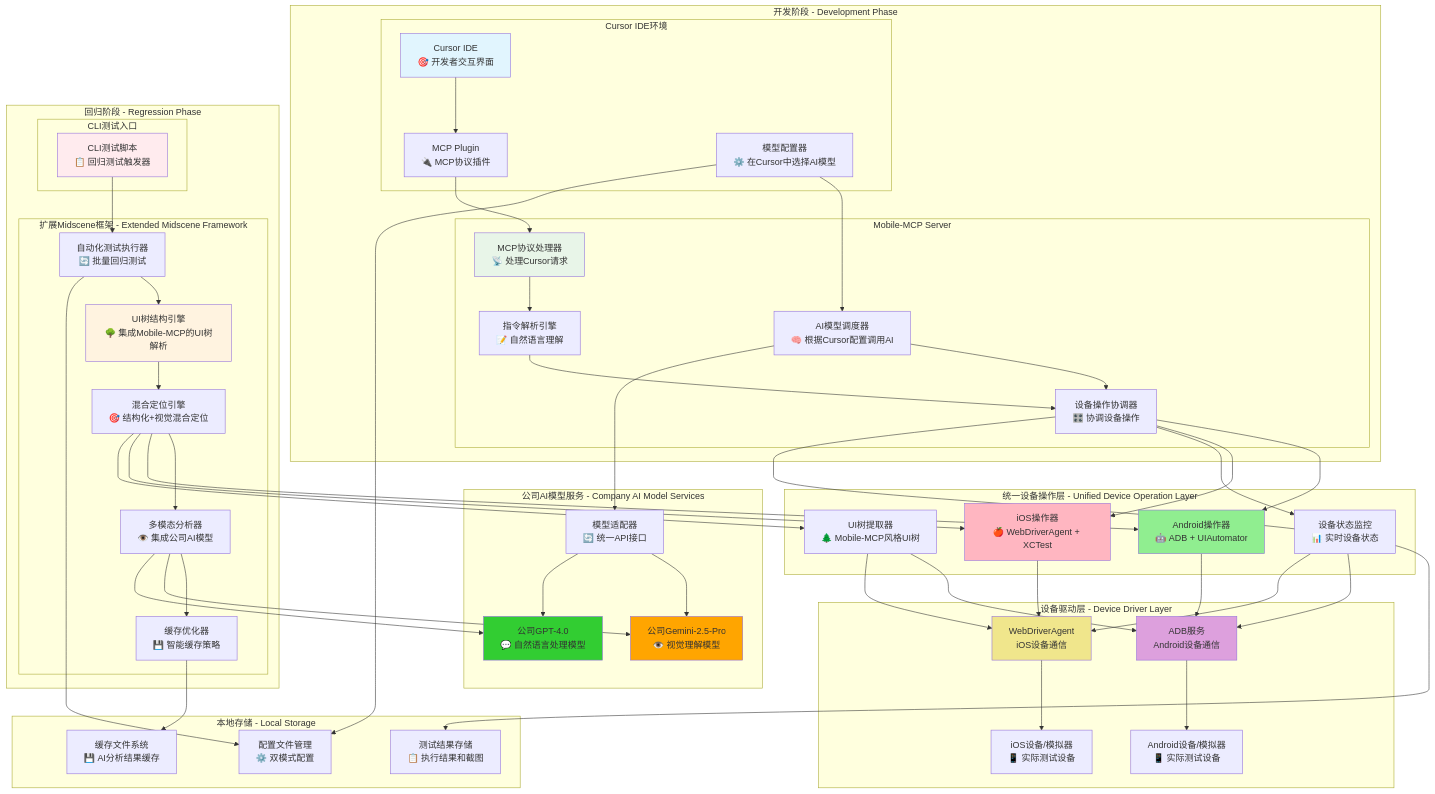
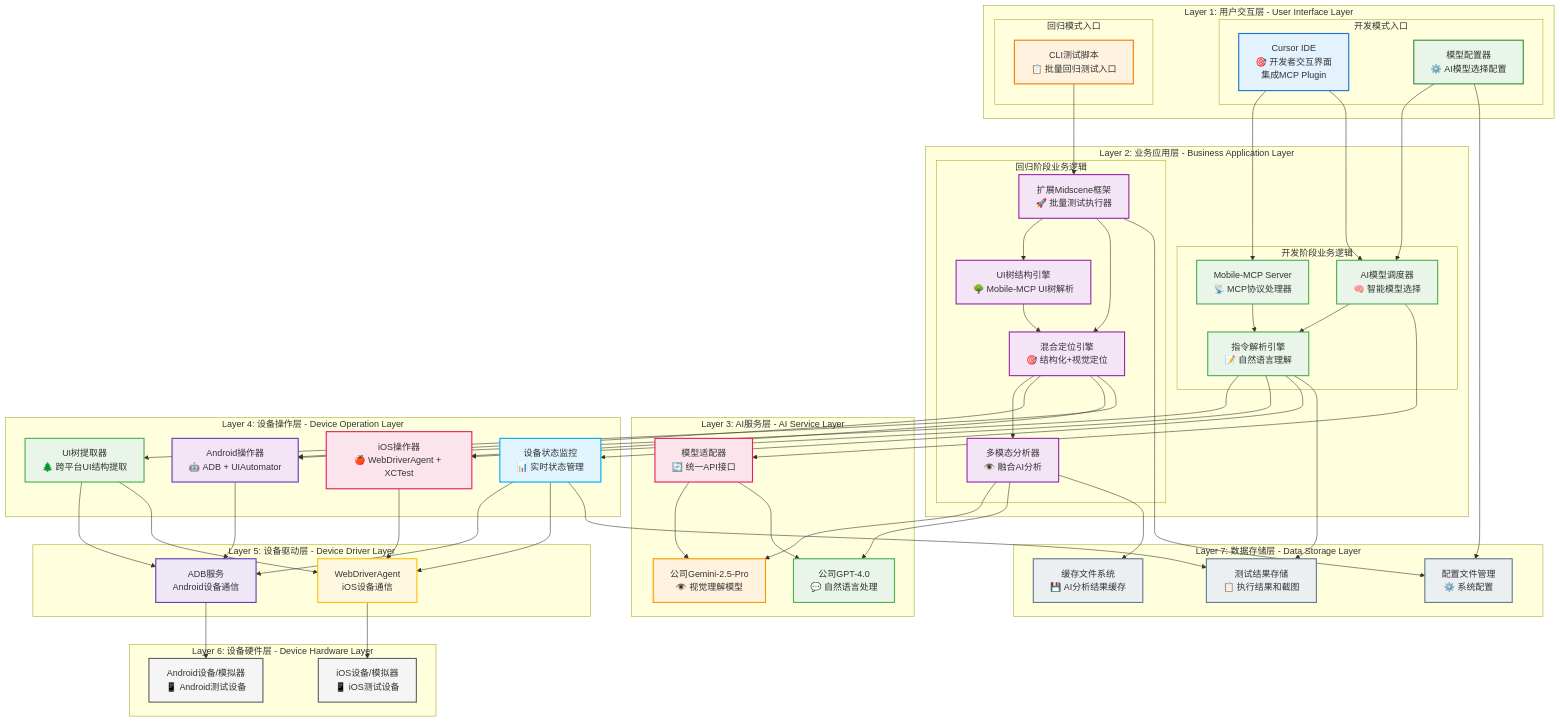
Before and after one commit to zhuozp/AI-UI-: the second of 32 diagrams in README.md, drawn with Mermaid. The commit also changed other lines of this file, not shown here.

````diff
--- a/README.md
+++ b/README.md
@@ -114,118 +114,152 @@
 ```mermaid
 graph TB
-    subgraph "开发阶段 - Development Phase"
-        subgraph "Cursor IDE环境"
-            A1[Cursor IDE<br/>🎯 开发者交互界面]
-            A2[MCP Plugin<br/>🔌 MCP协议插件]
-            A3[模型配置器<br/>⚙️ 在Cursor中选择AI模型]
+    %% ===== 第1层：用户交互层 =====
+    subgraph "Layer 1: 用户交互层 - User Interface Layer"
+        subgraph "开发模式入口"
+            UI1[Cursor IDE<br/>🎯 开发者交互界面<br/>集成MCP Plugin]
+            UI2[模型配置器<br/>⚙️ AI模型选择配置]
         end
-        
-        subgraph "Mobile-MCP Server"
-            B1[MCP协议处理器<br/>📡 处理Cursor请求]
-            B2[AI模型调度器<br/>🧠 根据Cursor配置调用AI]
-            B3[指令解析引擎<br/>📝 自然语言理解]
-            B4[设备操作协调器<br/>🎛️ 协调设备操作]
+        subgraph "回归模式入口"
+            UI3[CLI测试脚本<br/>📋 批量回归测试入口]
         end
     end
     
-    subgraph "回归阶段 - Regression Phase"
-        subgraph "扩展Midscene框架 - Extended Midscene Framework"
-            C1[UI树结构引擎<br/>🌳 集成Mobile-MCP的UI树解析]
-            C2[混合定位引擎<br/>🎯 结构化+视觉混合定位]
-            C3[多模态分析器<br/>👁️ 集成公司AI模型]
-            C4[自动化测试执行器<br/>🔄 批量回归测试]
-            C5[缓存优化器<br/>💾 智能缓存策略]
+    %% ===== 第2层：业务应用层 =====
+    subgraph "Layer 2: 业务应用层 - Business Application Layer"
+        subgraph "开发阶段业务逻辑"
+            APP1[Mobile-MCP Server<br/>📡 MCP协议处理器]
+            APP2[AI模型调度器<br/>🧠 智能模型选择]
+            APP3[指令解析引擎<br/>📝 自然语言理解]
         end
-        
-        subgraph "CLI测试入口"
-            CLI[CLI测试脚本<br/>📋 回归测试触发器]
+        subgraph "回归阶段业务逻辑"
+            APP4[扩展Midscene框架<br/>🚀 批量测试执行器]
+            APP5[UI树结构引擎<br/>🌳 Mobile-MCP UI树解析]
+            APP6[混合定位引擎<br/>🎯 结构化+视觉定位]
+            APP7[多模态分析器<br/>👁️ 融合AI分析]
         end
     end
     
-    subgraph "公司AI模型服务 - Company AI Model Services"
-        D1[公司Gemini-2.5-Pro<br/>👁️ 视觉理解模型]
-        D2[公司GPT-4.0<br/>💬 自然语言处理模型]
-        D3[模型适配器<br/>🔄 统一API接口]
+    %% ===== 第3层：AI服务层 =====
+    subgraph "Layer 3: AI服务层 - AI Service Layer"
+        AI1[公司Gemini-2.5-Pro<br/>👁️ 视觉理解模型]
+        AI2[公司GPT-4.0<br/>💬 自然语言处理]
+        AI3[模型适配器<br/>🔄 统一API接口]
     end
     
-    subgraph "统一设备操作层 - Unified Device Operation Layer"
-        E1[Android操作器<br/>🤖 ADB + UIAutomator]
-        E2[iOS操作器<br/>🍎 WebDriverAgent + XCTest]
-        E3[设备状态监控<br/>📊 实时设备状态]
-        E4[UI树提取器<br/>🌲 Mobile-MCP风格UI树]
+    %% ===== 第4层：设备操作层 =====
+    subgraph "Layer 4: 设备操作层 - Device Operation Layer"
+        DEV1[Android操作器<br/>🤖 ADB + UIAutomator]
+        DEV2[iOS操作器<br/>🍎 WebDriverAgent + XCTest]
+        DEV3[设备状态监控<br/>📊 实时状态管理]
+        DEV4[UI树提取器<br/>🌲 跨平台UI结构提取]
     end
     
-    subgraph "设备驱动层 - Device Driver Layer"
-        F1[ADB服务<br/>Android设备通信]
-        F2[WebDriverAgent<br/>iOS设备通信]
-        F3[Android设备/模拟器<br/>📱 实际测试设备]
-        F4[iOS设备/模拟器<br/>📱 实际测试设备]
+    %% ===== 第5层：设备驱动层 =====
+    subgraph "Layer 5: 设备驱动层 - Device Driver Layer"
+        DRV1[ADB服务<br/>Android设备通信]
+        DRV2[WebDriverAgent<br/>iOS设备通信]
     end
     
-    subgraph "本地存储 - Local Storage"
-        G1[测试结果存储<br/>📋 执行结果和截图]
-        G2[配置文件管理<br/>⚙️ 双模式配置]
-        G3[缓存文件系统<br/>💾 AI分析结果缓存]
+    %% ===== 第6层：设备硬件层 =====
+    subgraph "Layer 6: 设备硬件层 - Device Hardware Layer"
+        HW1[Android设备/模拟器<br/>📱 Android测试设备]
+        HW2[iOS设备/模拟器<br/>📱 iOS测试设备]
     end
     
-    %% 开发阶段连接 (Development Phase Connections)
-    A1 --> A2
-    A2 --> B1
-    A3 --> B2
-    B1 --> B3
-    B2 --> B4
-    B3 --> B4
+    %% ===== 第7层：数据存储层 =====
+    subgraph "Layer 7: 数据存储层 - Data Storage Layer"
+        STORE1[测试结果存储<br/>📋 执行结果和截图]
+        STORE2[配置文件管理<br/>⚙️ 系统配置]
+        STORE3[缓存文件系统<br/>💾 AI分析结果缓存]
+    end
     
-    %% 回归阶段连接 (Regression Phase Connections)  
-    CLI --> C4
-    C4 --> C1
-    C1 --> C2
-    C2 --> C3
-    C3 --> C5
+    %% ===== 层间连接关系 =====
     
-    %% AI模型调用 (AI Model Calls)
-    %% 开发阶段：Cursor控制模型选择
-    B2 --> D3
-    %% 回归阶段：扩展Midscene框架调用公司AI模型
-    C3 --> D1
-    C3 --> D2
+    %% Layer 1 → Layer 2 (用户交互层 → 业务应用层)
+    UI1 --> APP1
+    UI1 --> APP2
+    UI2 --> APP2
+    UI3 --> APP4
     
-    D3 --> D1
-    D3 --> D2
+    %% Layer 2内部连接
+    APP1 --> APP3
+    APP2 --> APP3
+    APP4 --> APP5
+    APP4 --> APP6
+    APP5 --> APP6
+    APP6 --> APP7
     
-    %% 统一设备操作 (Unified Device Operations)
-    B4 --> E1
-    B4 --> E2
-    B4 --> E3
-    C2 --> E1
-    C2 --> E2
-    C2 --> E4
+    %% Layer 2 → Layer 3 (业务应用层 → AI服务层)
+    APP2 --> AI3
+    APP7 --> AI1
+    APP7 --> AI2
+    AI3 --> AI1
+    AI3 --> AI2
     
-    %% 设备驱动连接 (Device Driver Connections)
-    E1 --> F1
-    E2 --> F2
-    E3 --> F1
-    E3 --> F2
-    E4 --> F1
-    E4 --> F2
-    F1 --> F3
-    F2 --> F4
+    %% Layer 2 → Layer 4 (业务应用层 → 设备操作层)
+    APP3 --> DEV1
+    APP3 --> DEV2
+    APP3 --> DEV3
+    APP6 --> DEV1
+    APP6 --> DEV2
+    APP6 --> DEV4
     
-    %% 本地存储连接 (Local Storage Connections)
-    B4 --> G1
-    C5 --> G3
-    A3 --> G2
-    C4 --> G2
+    %% Layer 4 → Layer 5 (设备操作层 → 设备驱动层)
+    DEV1 --> DRV1
+    DEV2 --> DRV2
+    DEV3 --> DRV1
+    DEV3 --> DRV2
+    DEV4 --> DRV1
+    DEV4 --> DRV2
     
-    %% 样式定义
-    style A1 fill:#e1f5fe
-    style B1 fill:#e8f5e8
-    style C1 fill:#fff3e0
-    style CLI fill:#ffebee
-    style D1 fill:#FFA500
-    style D2 fill:#32CD32
-    style E1 fill:#90EE90
-    style E2 fill:#FFB6C1
-    style F1 fill:#DDA0DD
-    style F2 fill:#F0E68C
+    %% Layer 5 → Layer 6 (设备驱动层 → 设备硬件层)
+    DRV1 --> HW1
+    DRV2 --> HW2
+    
+    %% Layer 2,4 → Layer 7 (业务应用层、设备操作层 → 数据存储层)
+    APP3 --> STORE1
+    APP7 --> STORE3
+    UI2 --> STORE2
+    APP4 --> STORE2
+    DEV3 --> STORE1
+    
+    %% ===== 层级样式定义 =====
+    
+    %% Layer 1 - 用户交互层 (蓝色系)
+    style UI1 fill:#e3f2fd,stroke:#1976d2,stroke-width:2px
+    style UI2 fill:#e8f5e8,stroke:#388e3c,stroke-width:2px  
+    style UI3 fill:#fff3e0,stroke:#f57c00,stroke-width:2px
+    
+    %% Layer 2 - 业务应用层 (绿色系)
+    style APP1 fill:#e8f5e8,stroke:#4caf50,stroke-width:2px
+    style APP2 fill:#e8f5e8,stroke:#4caf50,stroke-width:2px
+    style APP3 fill:#e8f5e8,stroke:#4caf50,stroke-width:2px
+    style APP4 fill:#f3e5f5,stroke:#9c27b0,stroke-width:2px
+    style APP5 fill:#f3e5f5,stroke:#9c27b0,stroke-width:2px
+    style APP6 fill:#f3e5f5,stroke:#9c27b0,stroke-width:2px
+    style APP7 fill:#f3e5f5,stroke:#9c27b0,stroke-width:2px
+    
+    %% Layer 3 - AI服务层 (橙色系)
+    style AI1 fill:#fff3e0,stroke:#ff9800,stroke-width:2px
+    style AI2 fill:#e8f5e8,stroke:#4caf50,stroke-width:2px
+    style AI3 fill:#fce4ec,stroke:#e91e63,stroke-width:2px
+    
+    %% Layer 4 - 设备操作层 (紫色系)
+    style DEV1 fill:#f3e5f5,stroke:#673ab7,stroke-width:2px
+    style DEV2 fill:#fce4ec,stroke:#e91e63,stroke-width:2px
+    style DEV3 fill:#e1f5fe,stroke:#03a9f4,stroke-width:2px
+    style DEV4 fill:#e8f5e8,stroke:#4caf50,stroke-width:2px
+    
+    %% Layer 5 - 设备驱动层 (深色系)
+    style DRV1 fill:#ede7f6,stroke:#673ab7,stroke-width:2px
+    style DRV2 fill:#fff8e1,stroke:#ffc107,stroke-width:2px
+    
+    %% Layer 6 - 设备硬件层 (灰色系)
+    style HW1 fill:#f5f5f5,stroke:#616161,stroke-width:2px
+    style HW2 fill:#f5f5f5,stroke:#616161,stroke-width:2px
+    
+    %% Layer 7 - 数据存储层 (蓝灰色系)
+    style STORE1 fill:#eceff1,stroke:#607d8b,stroke-width:2px
+    style STORE2 fill:#eceff1,stroke:#607d8b,stroke-width:2px
+    style STORE3 fill:#eceff1,stroke:#607d8b,stroke-width:2px
 ```
````
